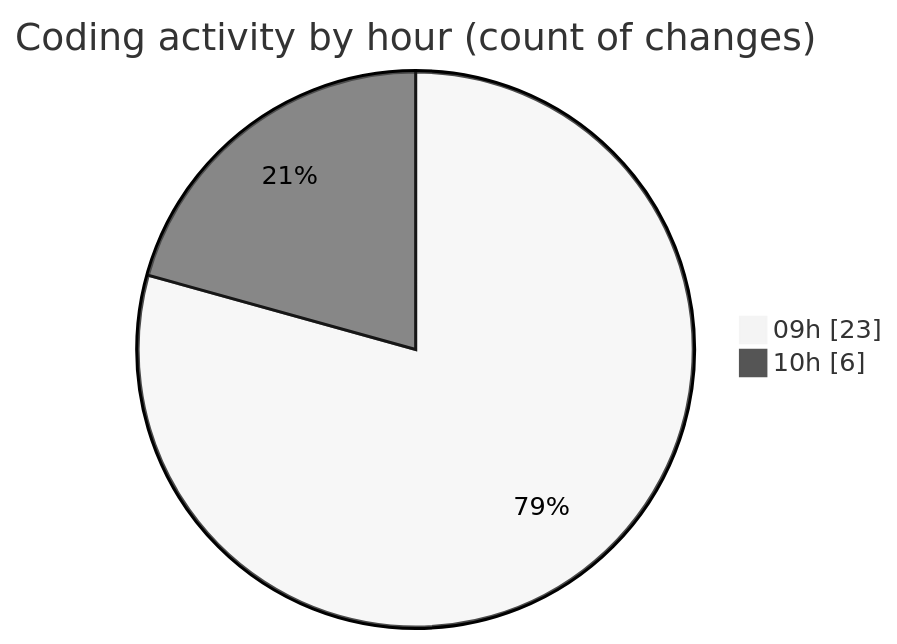
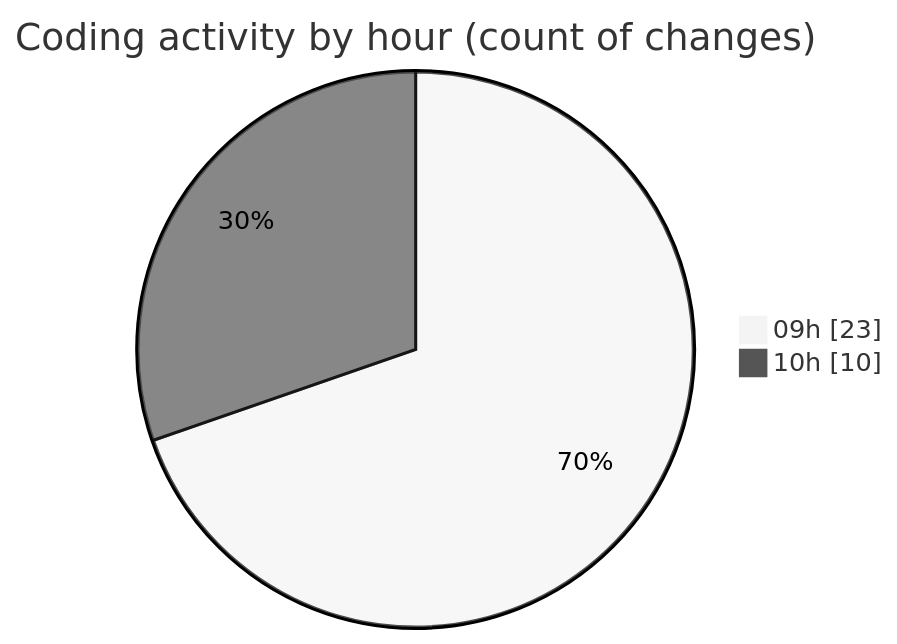
One commit to momahboobian/code-tracking changed the second of 2 diagrams in 2025-10-23/cda/README.md. Above: the diagram before and after it, drawn with Mermaid (neutral theme). The commit also changed other lines of this file and 1 other file, not shown here.

````diff
--- a/2025-10-23/cda/README.md
+++ b/2025-10-23/cda/README.md
@@ -31,6 +31,6 @@
 ```mermaid
 pie showData
 title Coding activity by hour (count of changes)
 "09h" : 23
-"10h" : 6
+"10h" : 10
 ```
````
